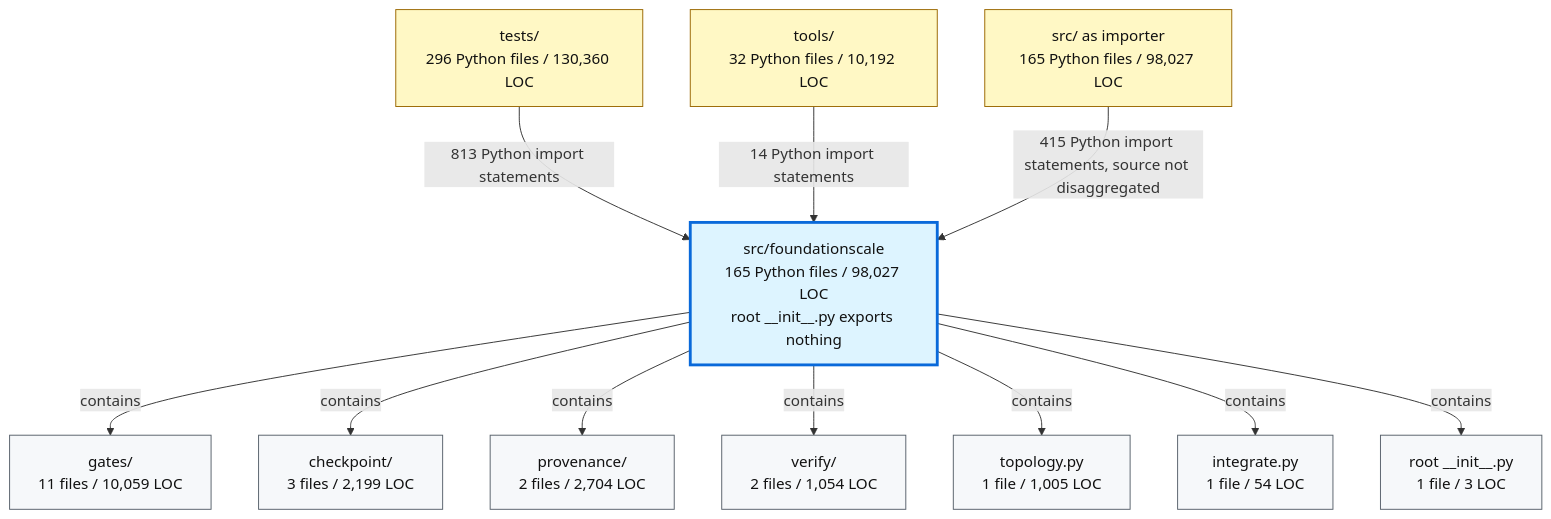
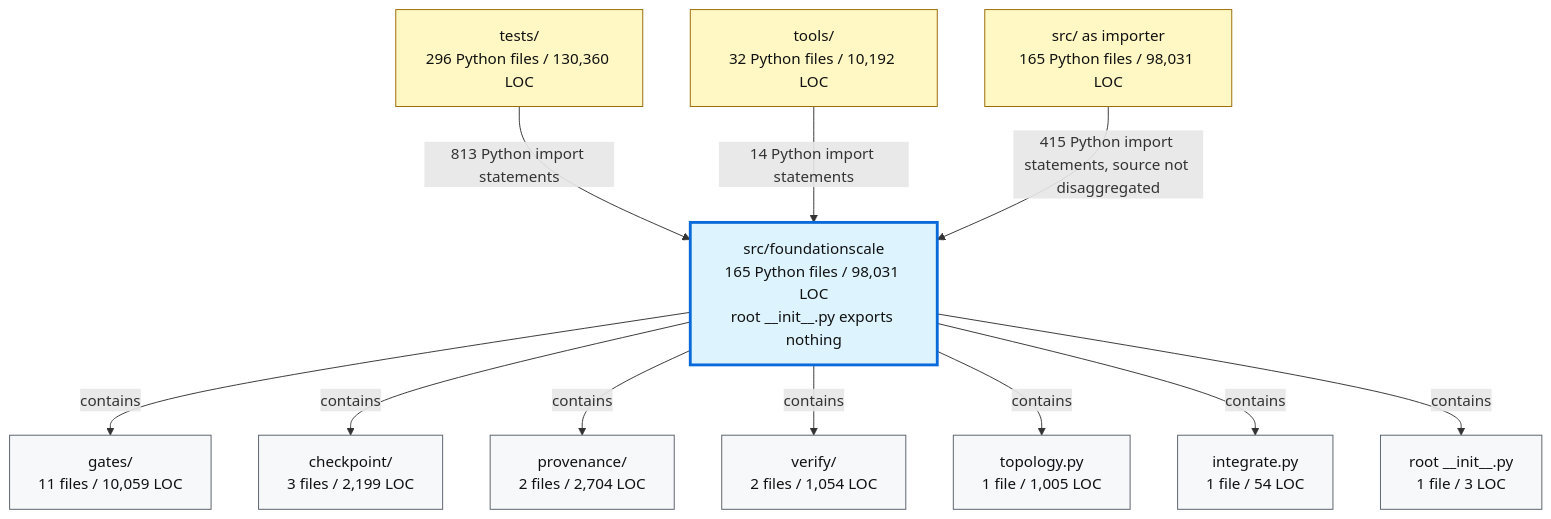
Before and after one commit to TranNhiem/FoundationScale: the second of 2 diagrams in docs/review/D2_current_architecture.md, drawn with Mermaid. The commit also changed other lines of this file and 10 other files, not shown here.

````diff
--- a/docs/review/D2_current_architecture.md
+++ b/docs/review/D2_current_architecture.md
@@ -97,36 +97,36 @@
 ```mermaid
 flowchart TB
   TESTS["tests/<br/>296 Python files / 130,360 LOC"]
   TOOLS["tools/<br/>32 Python files / 10,192 LOC"]
-  SRC["src/ as importer<br/>165 Python files / 98,027 LOC"]
+  SRC["src/ as importer<br/>165 Python files / 98,031 LOC"]
 
-  FS["src/foundationscale<br/>165 Python files / 98,027 LOC<br/>root __init__.py exports nothing"]
+  FS["src/foundationscale<br/>165 Python files / 98,031 LOC<br/>root __init__.py exports nothing"]
 
   GATES["gates/<br/>11 files / 10,059 LOC"]
   CKPT["checkpoint/<br/>3 files / 2,199 LOC"]
   PROV["provenance/<br/>2 files / 2,704 LOC"]
   VERIFY["verify/<br/>2 files / 1,054 LOC"]
   TOPO["topology.py<br/>1 file / 1,005 LOC"]
   INTEG["integrate.py<br/>1 file / 54 LOC"]
   ROOT["root __init__.py<br/>1 file / 3 LOC"]
 
   TESTS -->|"813 Python import statements"| FS
   TOOLS -->|"14 Python import statements"| FS
   SRC -->|"415 Python import statements, source not disaggregated"| FS
 
   FS -->|"contains"| GATES
   FS -->|"contains"| CKPT
   FS -->|"contains"| PROV
   FS -->|"contains"| VERIFY
   FS -->|"contains"| TOPO
   FS -->|"contains"| INTEG
   FS -->|"contains"| ROOT
 
   classDef consumer fill:#fff8c5,stroke:#9a6700,color:#111;
   classDef package fill:#ddf4ff,stroke:#0969da,stroke-width:3px,color:#111;
   classDef module fill:#f6f8fa,stroke:#57606a,color:#111;
 
   class TESTS,TOOLS,SRC consumer;
   class FS package;
   class GATES,CKPT,PROV,VERIFY,TOPO,INTEG,ROOT module;
 ```
````
